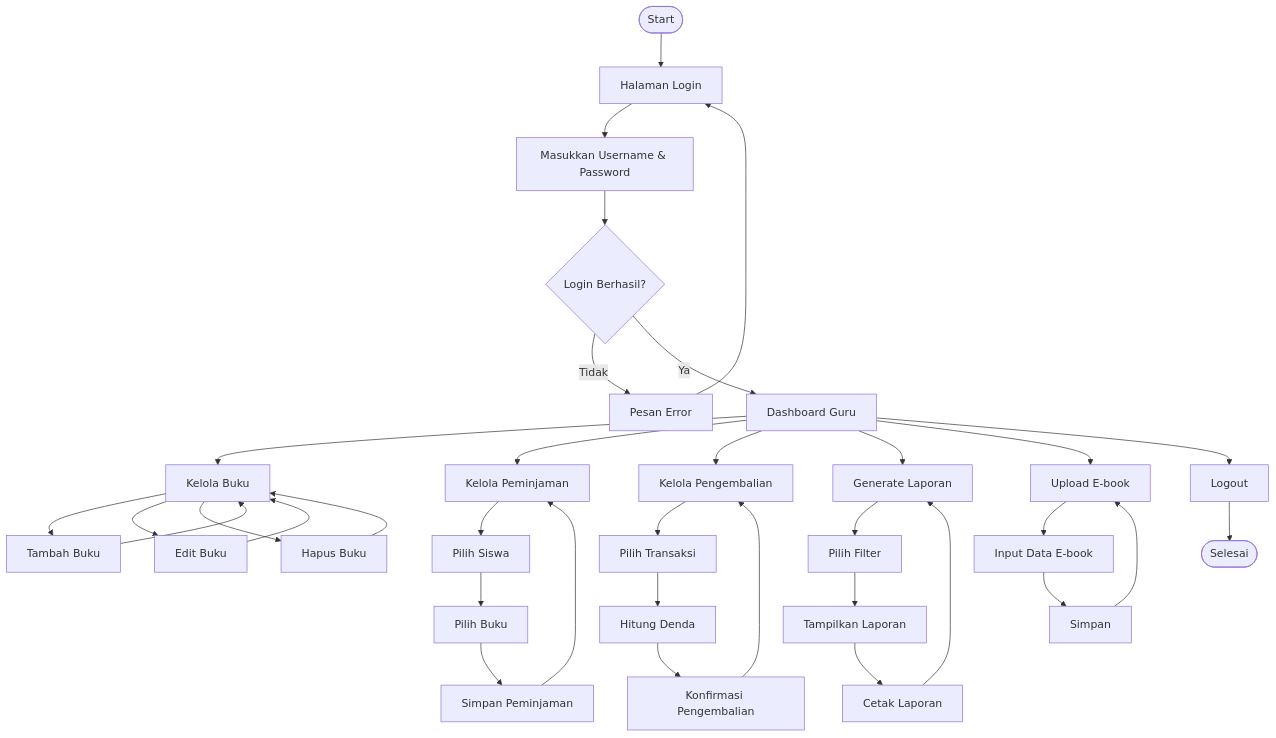
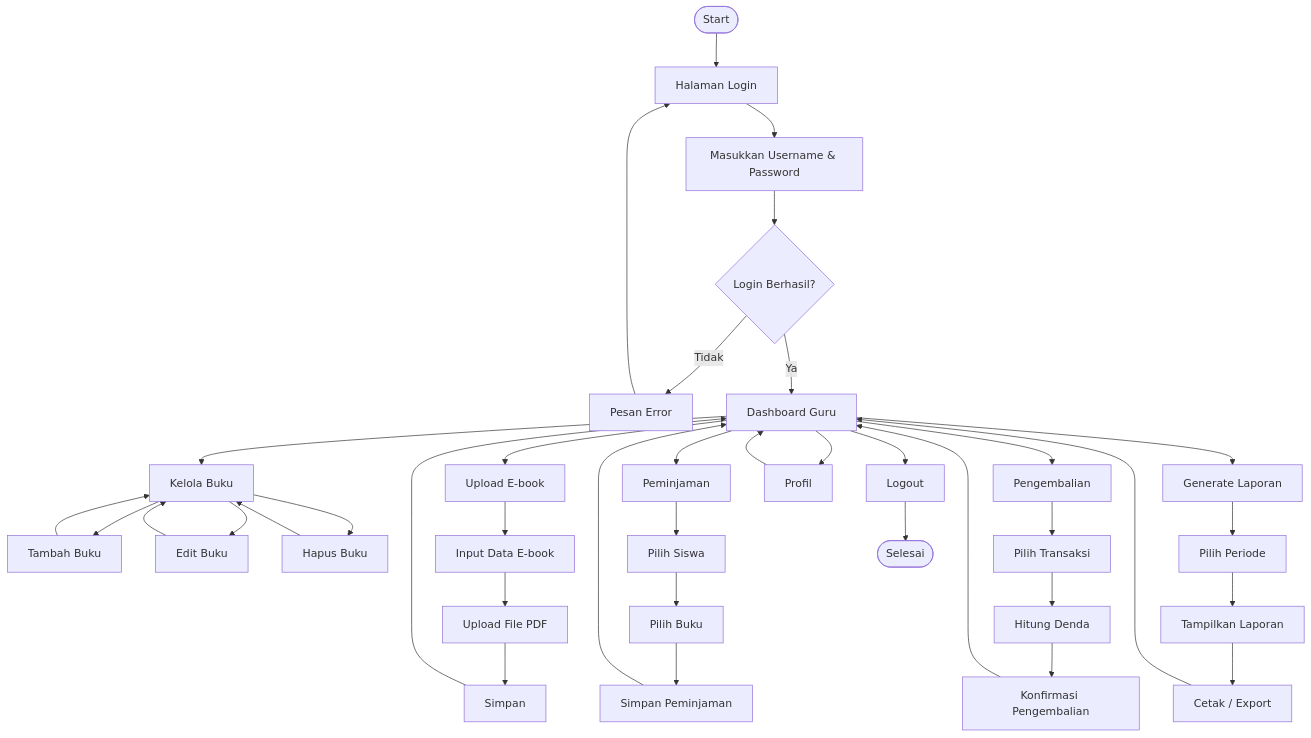
One commit to yoletaaissha/PERPUSTAKAAN-DIGITAL-PERINTIS changed the third of 5 diagrams in user_flows/user_flow_diagram.md. Above: the diagram before and after it, drawn with Mermaid. The commit also changed other lines of this file and 22 other files, not shown here.

Commit message:
Update dokumentasi dan user flow perpustakaan

````diff
--- a/user_flows/user_flow_diagram.md
+++ b/user_flows/user_flow_diagram.md
@@ -51,53 +84,65 @@
 ```mermaid
 flowchart TD
 
-A([Start]) --> B[Halaman Login]
+A([Start])
+--> B[Halaman Login]
+
 B --> C[Masukkan Username & Password]
+
 C --> D{Login Berhasil?}
 
 D -- Tidak --> E[Pesan Error]
 E --> B
 
 D -- Ya --> F[Dashboard Guru]
 
 F --> G[Kelola Buku]
-F --> H[Kelola Peminjaman]
-F --> I[Kelola Pengembalian]
-F --> J[Generate Laporan]
-F --> K[Upload E-book]
-F --> T[Logout]
+F --> H[Upload E-book]
+F --> I[Peminjaman]
+F --> J[Pengembalian]
+F --> K[Generate Laporan]
+F --> L[Profil]
+F --> M[Logout]
 
 %% Kelola Buku
+
 G --> G1[Tambah Buku]
 G --> G2[Edit Buku]
 G --> G3[Hapus Buku]
 
 G1 --> G
 G2 --> G
 G3 --> G
 
+%% Upload Ebook
+
+H --> H1[Input Data E-book]
+H1 --> H2[Upload File PDF]
+H2 --> H3[Simpan]
+H3 --> F
+
 %% Peminjaman
-H --> H1[Pilih Siswa]
-H1 --> H2[Pilih Buku]
-H2 --> H3[Simpan Peminjaman]
-H3 --> H
+
+I --> I1[Pilih Siswa]
+I1 --> I2[Pilih Buku]
+I2 --> I3[Simpan Peminjaman]
+I3 --> F
 
 %% Pengembalian
-I --> I1[Pilih Transaksi]
-I1 --> I2[Hitung Denda]
-I2 --> I3[Konfirmasi Pengembalian]
-I3 --> I
+
+J --> J1[Pilih Transaksi]
+J1 --> J2[Hitung Denda]
+J2 --> J3[Konfirmasi Pengembalian]
+J3 --> F
 
 %% Laporan
-J --> J1[Pilih Filter]
-J1 --> J2[Tampilkan Laporan]
-J2 --> J3[Cetak Laporan]
-J3 --> J
 
-%% Upload
-K --> K1[Input Data E-book]
-K1 --> K2[Simpan]
-K2 --> K
+K --> K1[Pilih Periode]
+K1 --> K2[Tampilkan Laporan]
+K2 --> K3[Cetak / Export]
+K3 --> F
 
-T --> U([Selesai])
+L --> F
+
+M --> N([Selesai])
 ```
````
